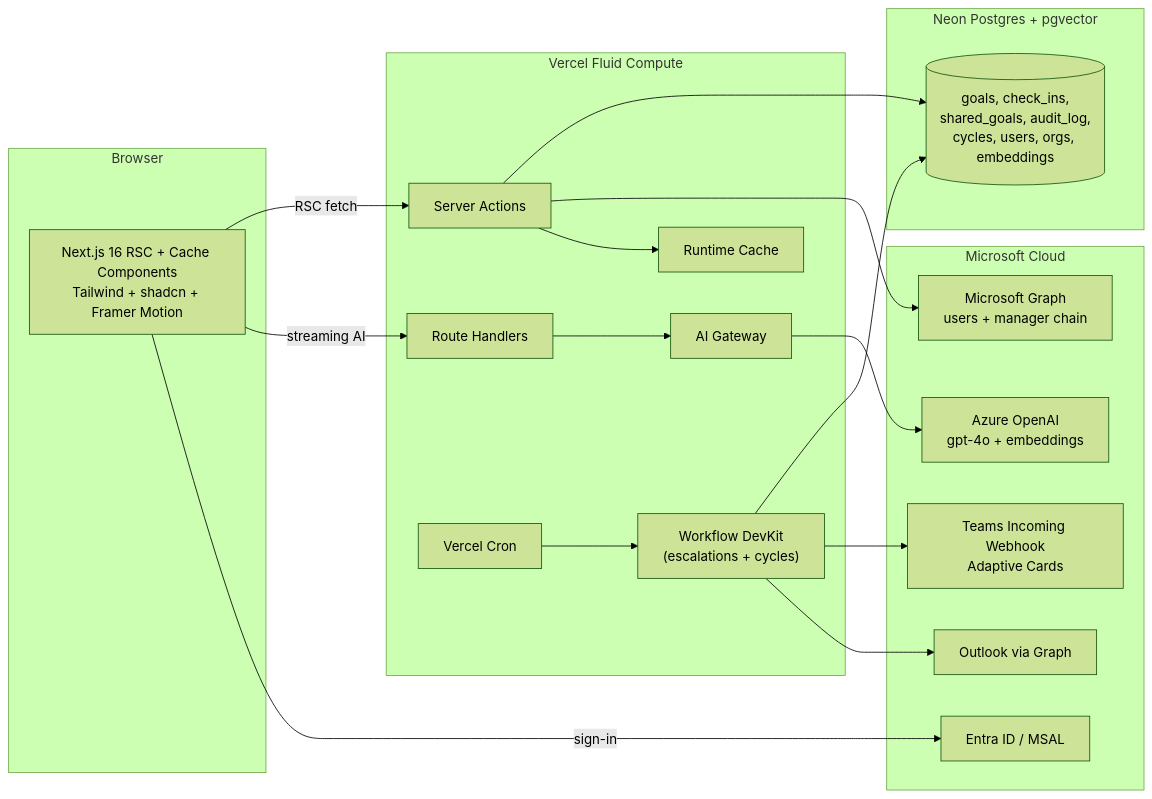
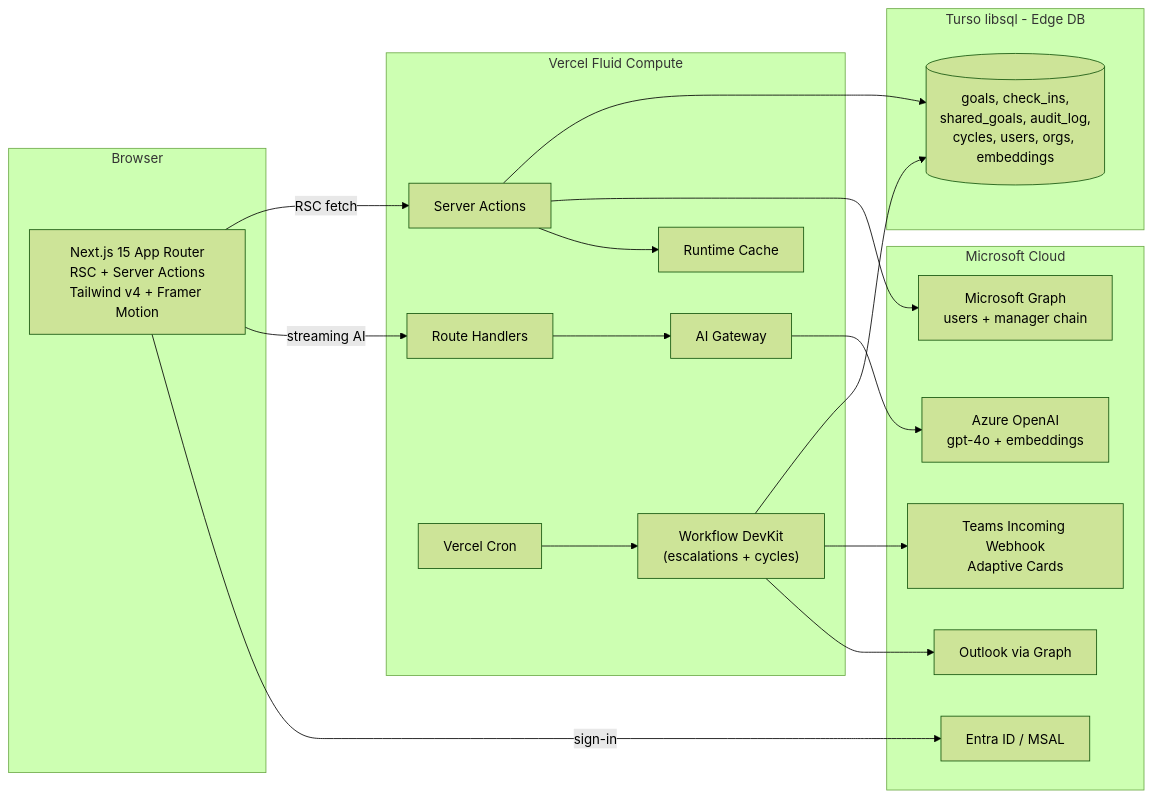
The first of 4 diagrams in specs/architecture.md (Adit-Jain-srm/AtomicPulse), drawn with Mermaid (forest theme) before and after one commit. The commit also changed 3 other files, not shown here.

Commit message:
docs(specs): sync TRD, architecture, cost, scalability with actual stack (Next.js 15, Turso, not Neon)

````diff
--- a/specs/architecture.md
+++ b/specs/architecture.md
@@ -5,39 +5,39 @@
 ```mermaid
 flowchart LR
   subgraph Client[Browser]
-    UI["Next.js 16 RSC + Cache Components<br/>Tailwind + shadcn + Framer Motion"]
+    UI["Next.js 15 App Router<br/>RSC + Server Actions<br/>Tailwind v4 + Framer Motion"]
   end
 
   subgraph Vercel[Vercel Fluid Compute]
     SA[Server Actions]
     RH[Route Handlers]
     WDK["Workflow DevKit<br/>(escalations + cycles)"]
     Cron[Vercel Cron]
     AIG[AI Gateway]
     RC[Runtime Cache]
   end
 
-  subgraph Neon[Neon Postgres + pgvector]
+  subgraph Turso[Turso libsql - Edge DB]
     DB[("goals, check_ins,<br/>shared_goals, audit_log,<br/>cycles, users, orgs, embeddings")]
   end
 
   subgraph Microsoft[Microsoft Cloud]
     Entra["Entra ID / MSAL"]
     Graph["Microsoft Graph<br/>users + manager chain"]
     Teams["Teams Incoming Webhook<br/>Adaptive Cards"]
     Outlook["Outlook via Graph"]
     AOAI["Azure OpenAI<br/>gpt-4o + embeddings"]
   end
 
   UI -->|"RSC fetch"| SA
   UI -->|"streaming AI"| RH
   SA --> DB
   RH --> AIG --> AOAI
   WDK --> DB
   WDK --> Teams
   WDK --> Outlook
   Cron --> WDK
   SA --> Graph
   UI -->|"sign-in"| Entra
   SA --> RC
 ```
````
